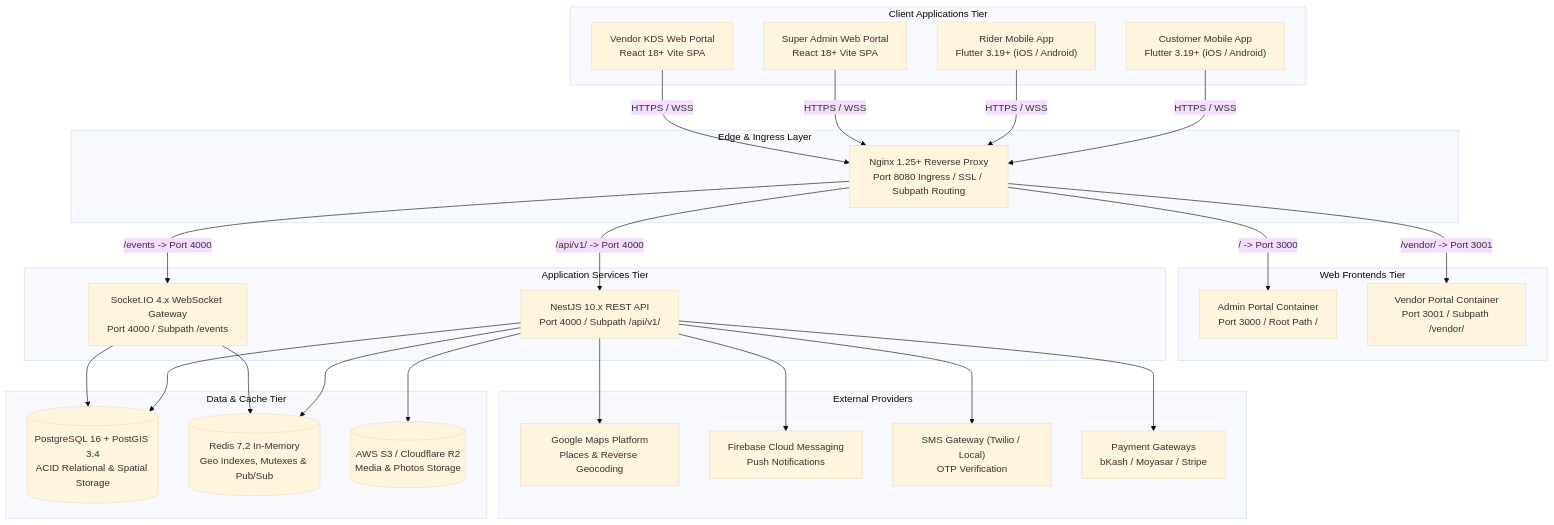
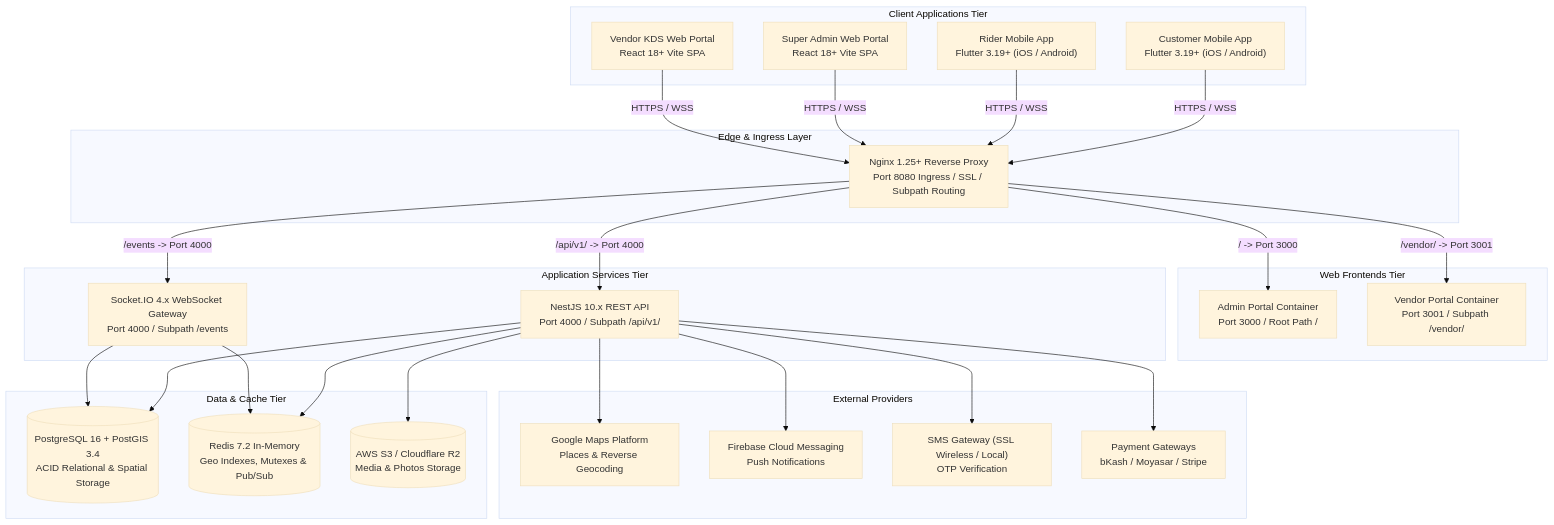
One commit to BrainStation-23/DeliveryOS-Demo changed the diagram in context_docs/technical-implementation-documents/01-system-architecture-and-tech-stack.md. Above: the diagram before and after it, drawn with Mermaid (base theme). The commit also changed 56 other files, not shown here.

````diff
--- a/context_docs/technical-implementation-documents/01-system-architecture-and-tech-stack.md
+++ b/context_docs/technical-implementation-documents/01-system-architecture-and-tech-stack.md
@@ -9,57 +9,57 @@
 ```mermaid
 graph TD
     subgraph Clients["Client Applications Tier"]
         CA["Customer Mobile App<br/>Flutter 3.19+ (iOS / Android)"]
         RA["Rider Mobile App<br/>Flutter 3.19+ (iOS / Android)"]
         AP["Super Admin Web Portal<br/>React 18+ Vite SPA"]
         VP["Vendor KDS Web Portal<br/>React 18+ Vite SPA"]
     end
 
     subgraph EdgeLayer["Edge & Ingress Layer"]
         NGINX["Nginx 1.25+ Reverse Proxy<br/>Port 8080 Ingress / SSL / Subpath Routing"]
     end
 
     subgraph WebServices["Web Frontends Tier"]
         AP_SVC["Admin Portal Container<br/>Port 3000 / Root Path /"]
         VP_SVC["Vendor Portal Container<br/>Port 3001 / Subpath /vendor/"]
     end
 
     subgraph AppTier["Application Services Tier"]
         API["NestJS 10.x REST API<br/>Port 4000 / Subpath /api/v1/"]
         WSS["Socket.IO 4.x WebSocket Gateway<br/>Port 4000 / Subpath /events"]
     end
 
     subgraph DataTier["Data & Cache Tier"]
         DB[("PostgreSQL 16 + PostGIS 3.4<br/>ACID Relational & Spatial Storage")]
         CACHE[("Redis 7.2 In-Memory<br/>Geo Indexes, Mutexes & Pub/Sub")]
         STORAGE[("AWS S3 / Cloudflare R2<br/>Media & Photos Storage")]
     end
 
     subgraph ExternalServices["External Providers"]
         GMAPS["Google Maps Platform<br/>Places & Reverse Geocoding"]
         FCM["Firebase Cloud Messaging<br/>Push Notifications"]
-        SMS["SMS Gateway (Twilio / Local)<br/>OTP Verification"]
+        SMS["SMS Gateway (SSL Wireless / Local)<br/>OTP Verification"]
         PAY["Payment Gateways<br/>bKash / Moyasar / Stripe"]
     end
 
     CA -->|HTTPS / WSS| NGINX
     RA -->|HTTPS / WSS| NGINX
     AP -->|HTTPS / WSS| NGINX
     VP -->|HTTPS / WSS| NGINX
 
     NGINX -->|/ -> Port 3000| AP_SVC
     NGINX -->|/vendor/ -> Port 3001| VP_SVC
     NGINX -->|/api/v1/ -> Port 4000| API
     NGINX -->|/events -> Port 4000| WSS
 
     API --> DB
     API --> CACHE
     API --> STORAGE
     WSS --> CACHE
     WSS --> DB
 
     API --> GMAPS
     API --> FCM
     API --> SMS
     API --> PAY
 ```
````
